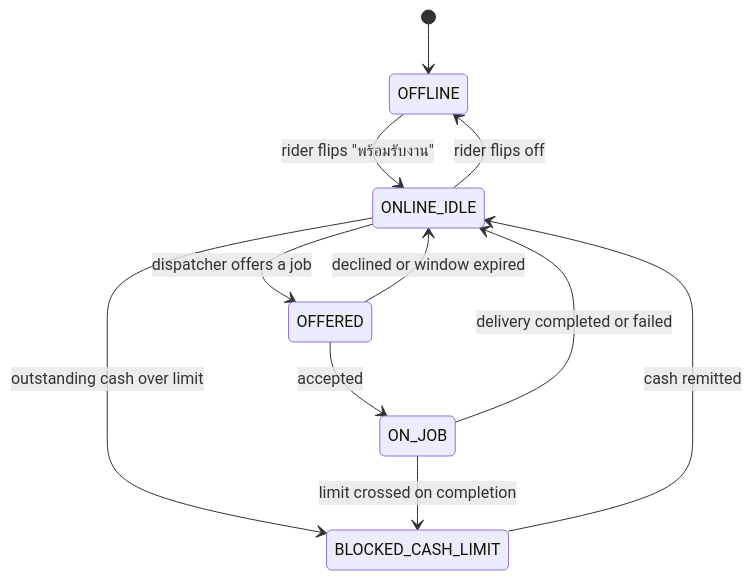
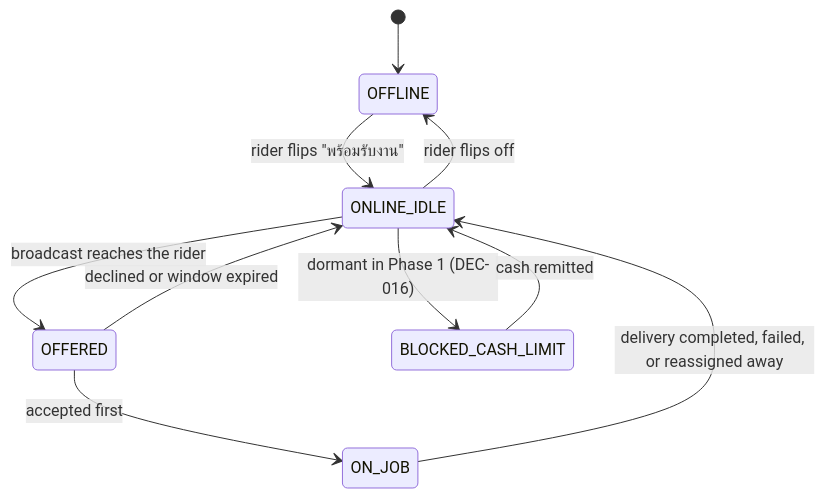
One commit to kmandev/banhao-design changed the second of 3 diagrams in docs/RIDER_LIFECYCLE.md. Above: the diagram before and after it, drawn with Mermaid. The commit also changed other lines of this file and 18 other files, not shown here.

````diff
--- a/docs/RIDER_LIFECYCLE.md
+++ b/docs/RIDER_LIFECYCLE.md
@@ -81,13 +86,12 @@
 ```mermaid
 stateDiagram-v2
     [*] --> OFFLINE
     OFFLINE --> ONLINE_IDLE : rider flips "พร้อมรับงาน"
-    ONLINE_IDLE --> OFFERED : dispatcher offers a job
+    ONLINE_IDLE --> OFFERED : broadcast reaches the rider
     OFFERED --> ONLINE_IDLE : declined or window expired
-    OFFERED --> ON_JOB : accepted
-    ON_JOB --> ONLINE_IDLE : delivery completed or failed
+    OFFERED --> ON_JOB : accepted first
+    ON_JOB --> ONLINE_IDLE : delivery completed, failed, or reassigned away
     ONLINE_IDLE --> OFFLINE : rider flips off
-    ONLINE_IDLE --> BLOCKED_CASH_LIMIT : outstanding cash over limit
+    ONLINE_IDLE --> BLOCKED_CASH_LIMIT : dormant in Phase 1 (DEC-016)
     BLOCKED_CASH_LIMIT --> ONLINE_IDLE : cash remitted
-    ON_JOB --> BLOCKED_CASH_LIMIT : limit crossed on completion
 ```
````
